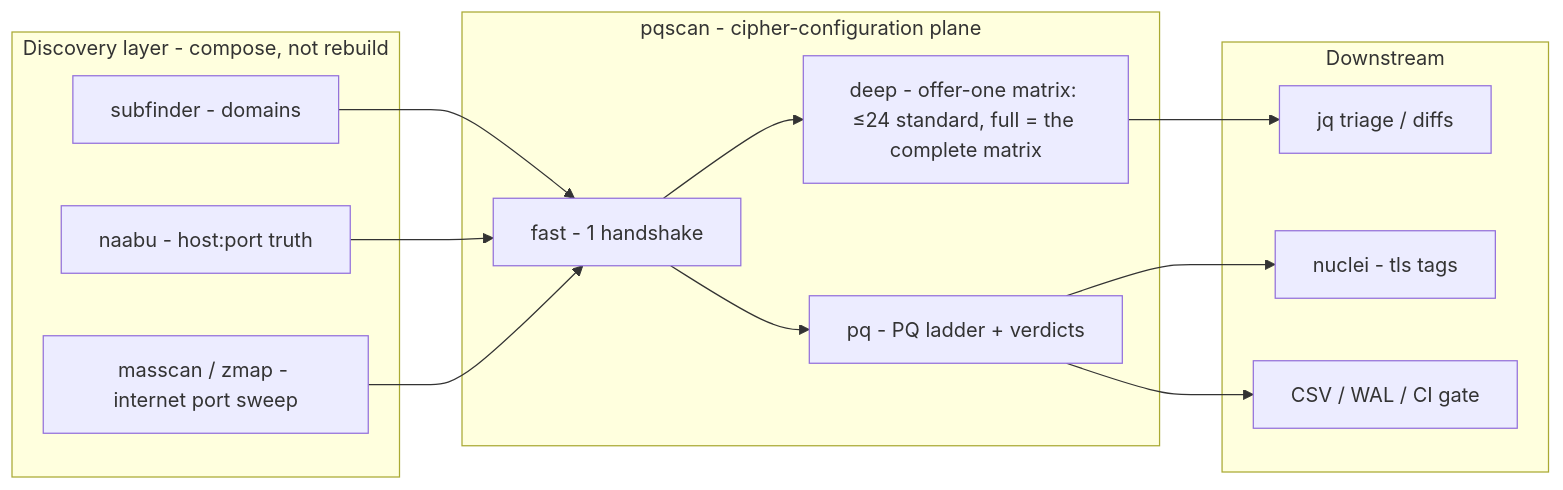
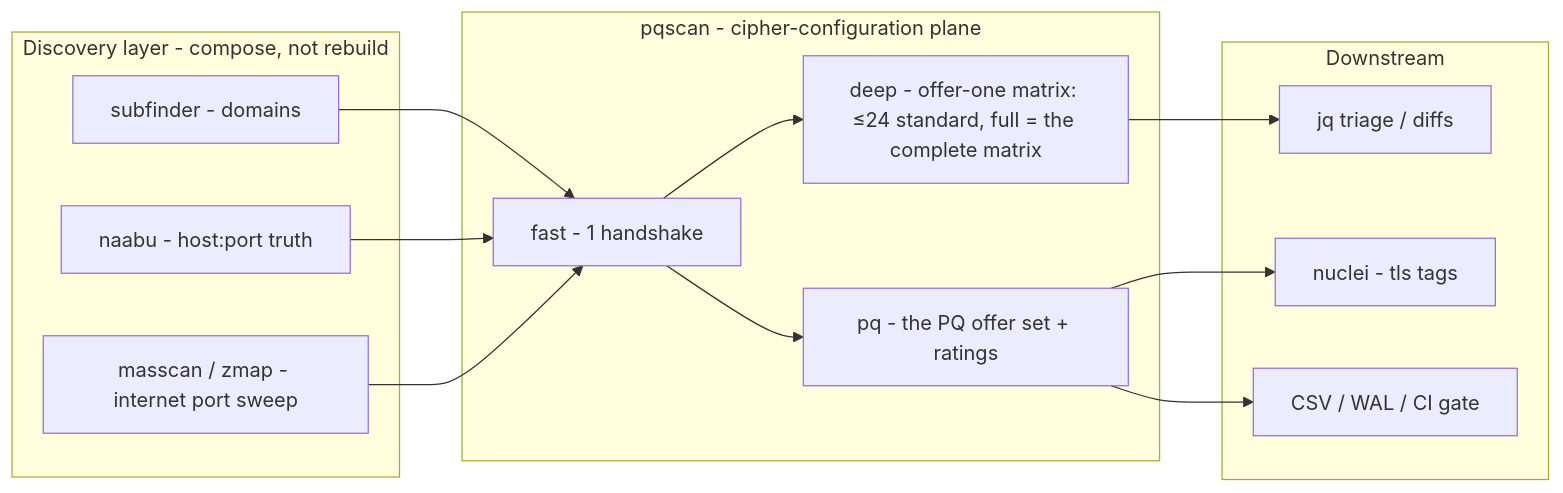
Before and after one commit to shsingh/pqscan: the first of 4 diagrams in docs/spec.md, drawn with Mermaid. The commit also changed other lines of this file and 5 other files, not shown here.

````diff
--- a/docs/spec.md
+++ b/docs/spec.md
@@ -219,26 +269,26 @@
 ```mermaid
 flowchart LR
   subgraph DISC["Discovery layer - compose, not rebuild"]
     S[subfinder - domains]
     N[naabu - host:port truth]
     M[masscan / zmap - internet port sweep]
   end
   subgraph PQ["pqscan - cipher-configuration plane"]
     P1["fast - 1 handshake"]
     P2["deep - offer-one matrix: ≤24 standard, full = the complete matrix"]
-    P3["pq - PQ ladder + verdicts"]
+    P3["pq - the PQ offer set + ratings"]
   end
   subgraph SINK["Downstream"]
     J[jq triage / diffs]
     U[nuclei - tls tags]
     R[CSV / WAL / CI gate]
   end
   S --> P1
   N --> P1
   M --> P1
   P1 --> P2
   P1 --> P3
   P2 --> J
   P3 --> U
   P3 --> R
 ```
````
